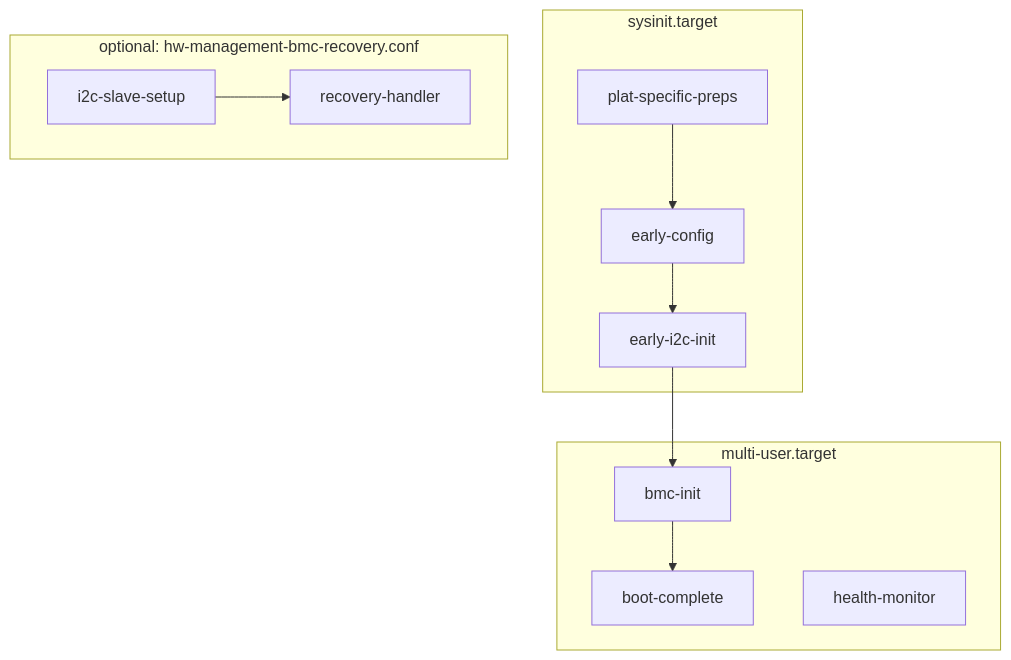
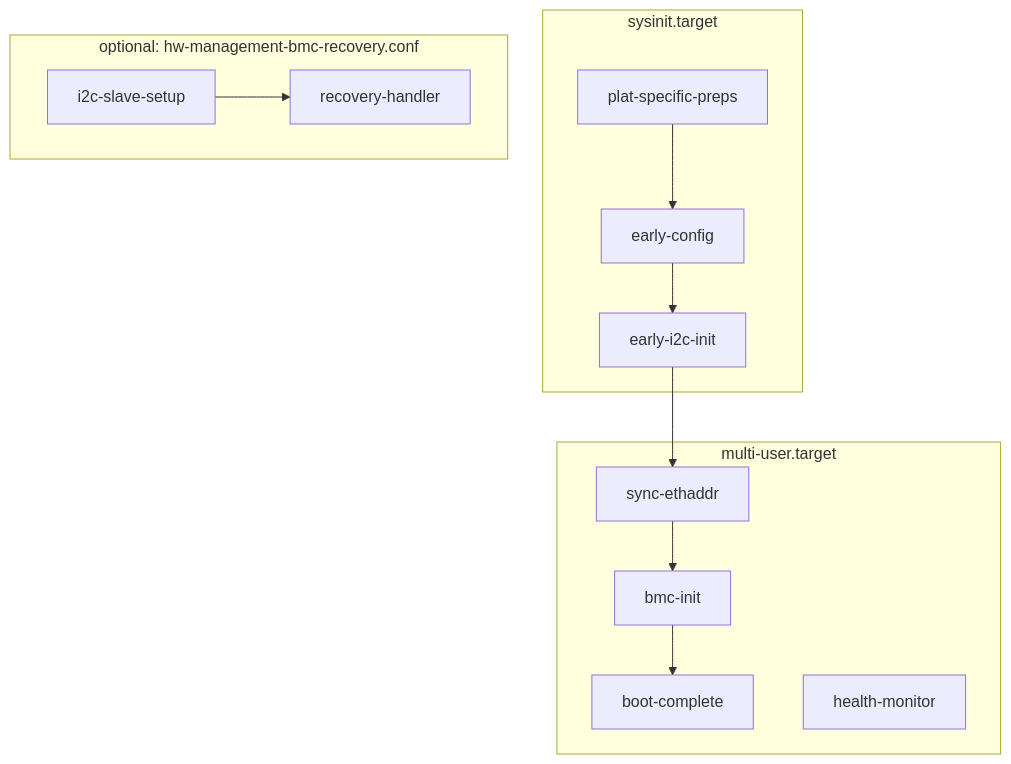
The diagram in bmc/README.md (Mellanox/hw-mgmt), drawn with Mermaid before and after one commit. The commit also changed other lines of this file and 8 other files, not shown here.

First line of the commit message:
hw-mgmt: bmc: sync ethaddr from BMC FRU fallback

````diff
--- a/bmc/README.md
+++ b/bmc/README.md
@@ -348,20 +351,21 @@
 ```mermaid
 flowchart TB
   subgraph sysinit["sysinit.target"]
     PS[plat-specific-preps]
     EC[early-config]
     EI[early-i2c-init]
     PS --> EC --> EI
   end
   subgraph multi["multi-user.target"]
+    SE[sync-ethaddr]
     INIT[bmc-init]
     BC[boot-complete]
     HM[health-monitor]
-    EI --> INIT --> BC
+    EI --> SE --> INIT --> BC
   end
   subgraph recovery["optional: hw-management-bmc-recovery.conf"]
     SS[i2c-slave-setup]
     RH[recovery-handler]
     SS --> RH
   end
 ```
````
